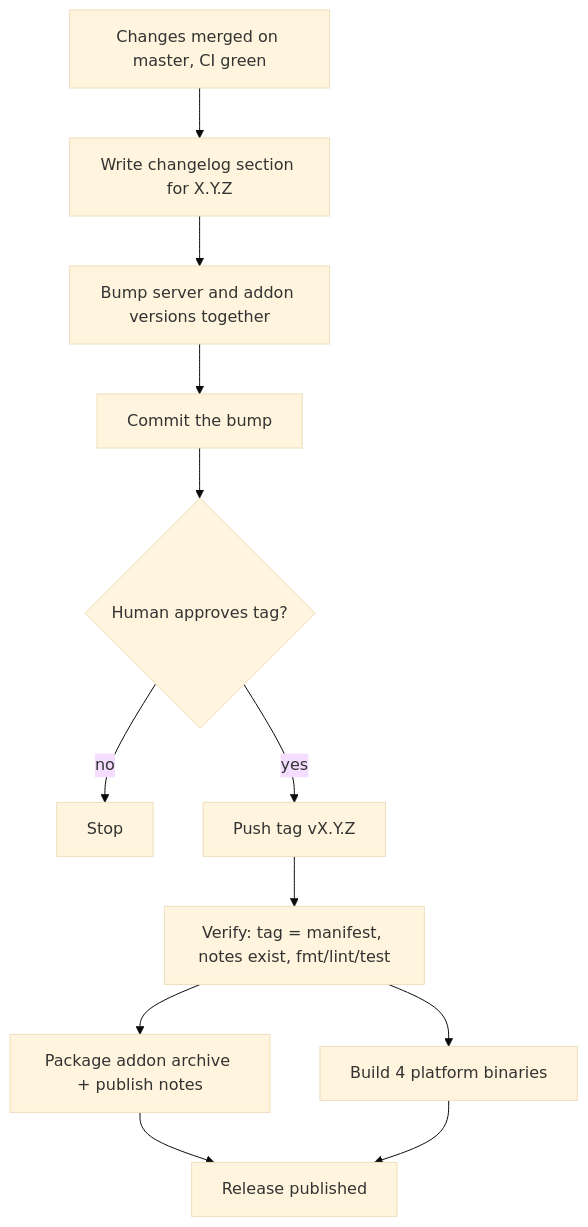
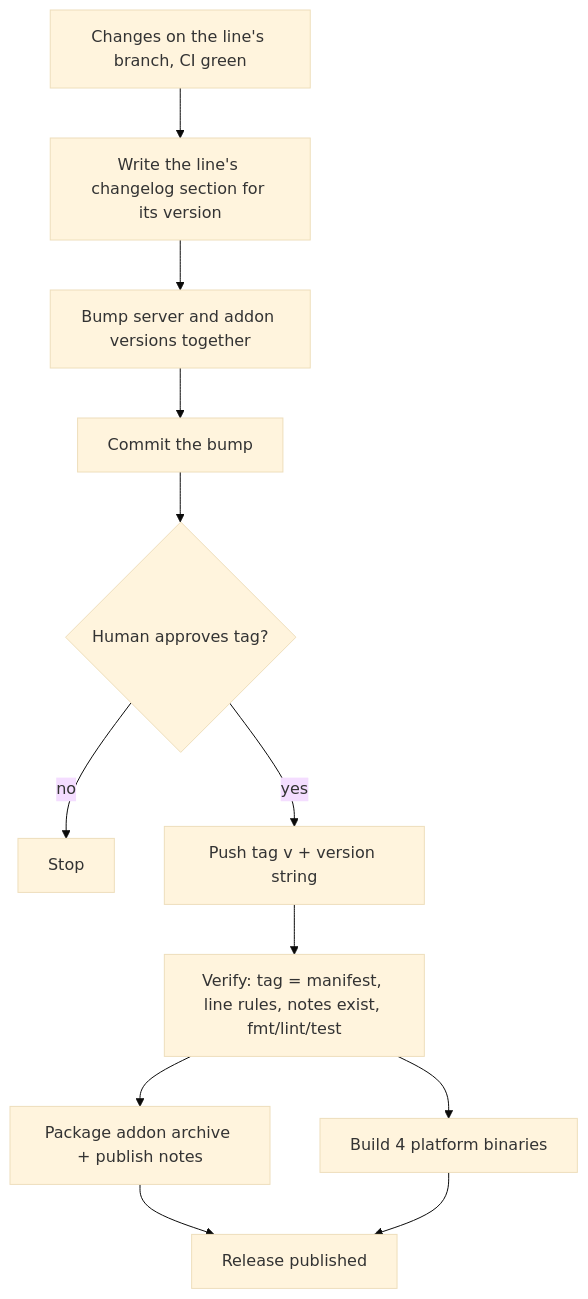
The diagram in .design/main/specifications/l1-distribution.md (theromis/godot-mcp), drawn with Mermaid (base theme) before and after one commit. The commit also changed other lines of this file and 17 other files, not shown here.

````diff
--- a/.design/main/specifications/l1-distribution.md
+++ b/.design/main/specifications/l1-distribution.md
@@ -43,14 +47,14 @@
 ```mermaid
 graph TD
-    A[Changes merged on master, CI green] --> B[Write changelog section for X.Y.Z]
+    A[Changes on the line's branch, CI green] --> B[Write the line's changelog section for its version]
     B --> C[Bump server and addon versions together]
     C --> D[Commit the bump]
     D --> E{Human approves tag?}
     E -->|no| F[Stop]
-    E -->|yes| G[Push tag vX.Y.Z]
-    G --> H[Verify: tag = manifest, notes exist, fmt/lint/test]
+    E -->|yes| G[Push tag v + version string]
+    G --> H[Verify: tag = manifest, line rules, notes exist, fmt/lint/test]
     H --> I[Package addon archive + publish notes]
     H --> J[Build 4 platform binaries]
     I --> K[Release published]
     J --> K
 ```
````
